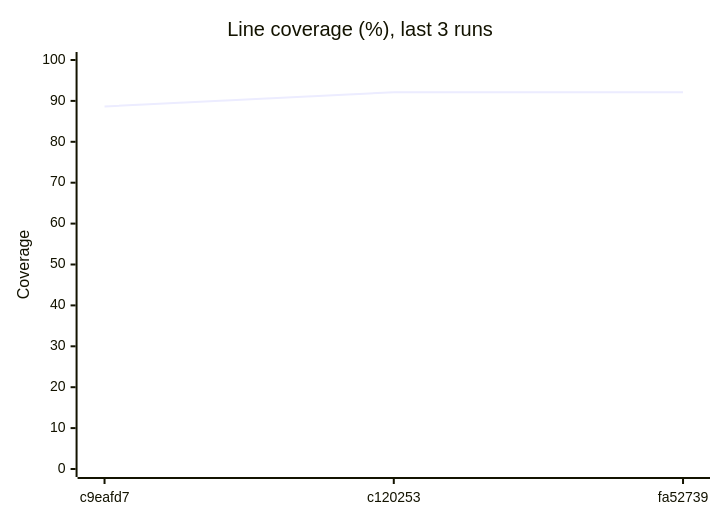
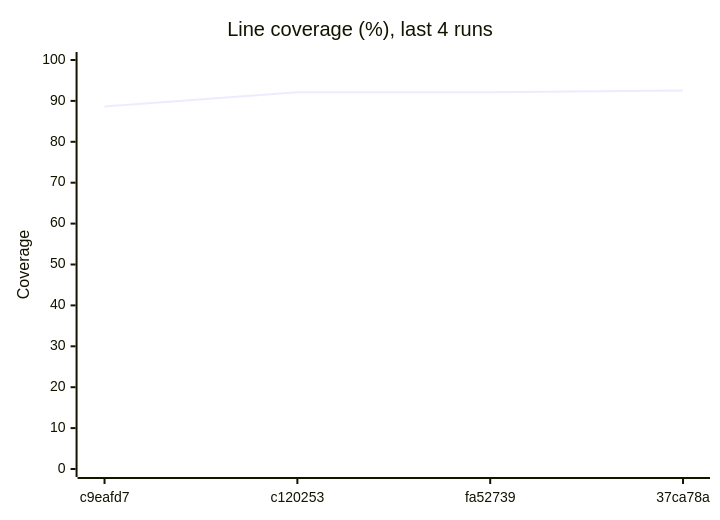
The third of 3 diagrams in reports/summary.md (Shirojoufu/Flaky-Tests), drawn with Mermaid before and after one commit. The commit also changed other lines of this file and 6 other files, not shown here.

````diff
--- a/reports/summary.md
+++ b/reports/summary.md
@@ -33,7 +33,7 @@
 ```mermaid
 xychart-beta
-    title "Line coverage (%), last 3 runs"
-    x-axis ["c9eafd7", "c120253", "fa52739"]
+    title "Line coverage (%), last 4 runs"
+    x-axis ["c9eafd7", "c120253", "fa52739", "37ca78a"]
     y-axis "Coverage" 0 --> 100
-    line [88.65, 92.11, 92.13]
+    line [88.65, 92.11, 92.13, 92.54]
 ```
````
